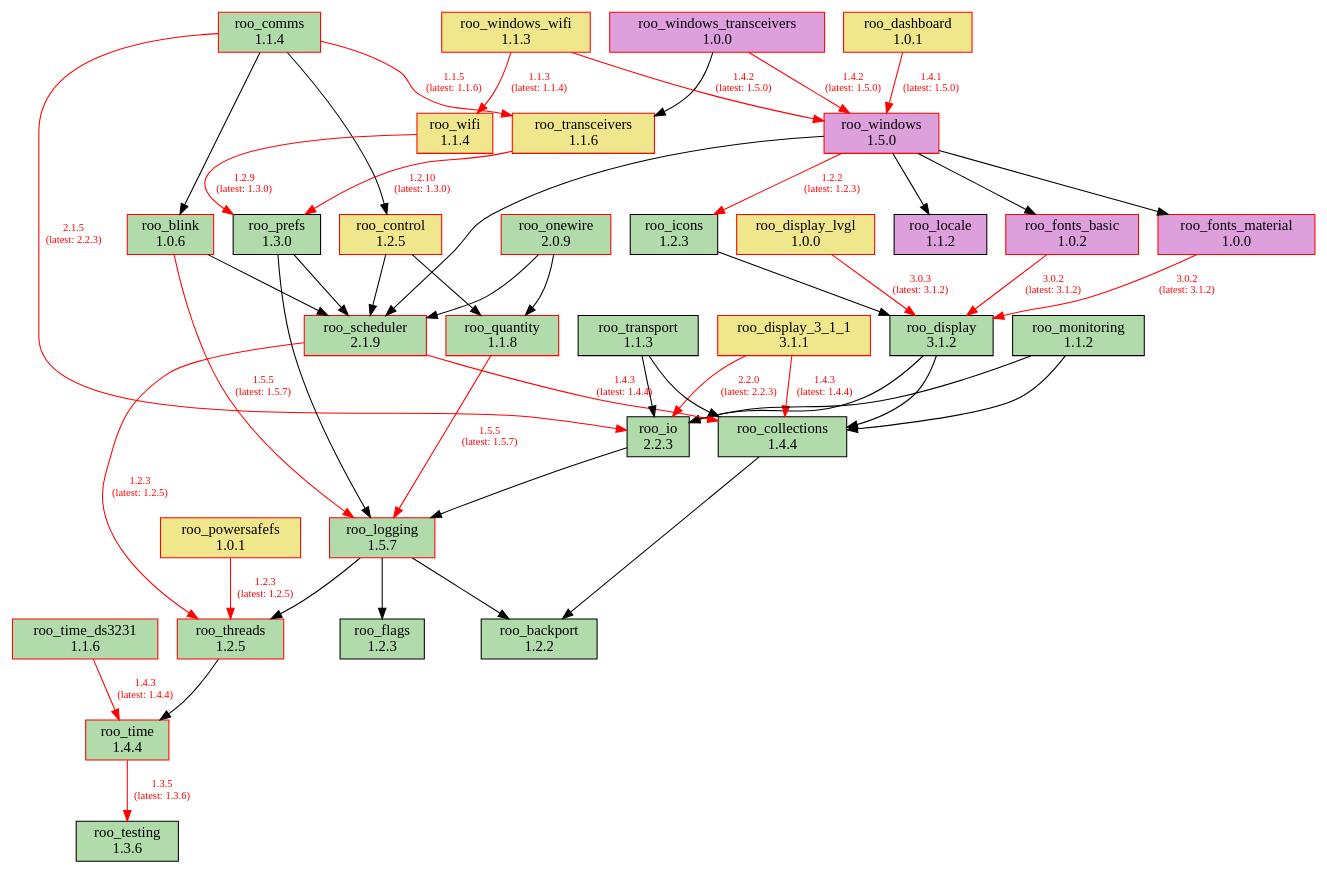
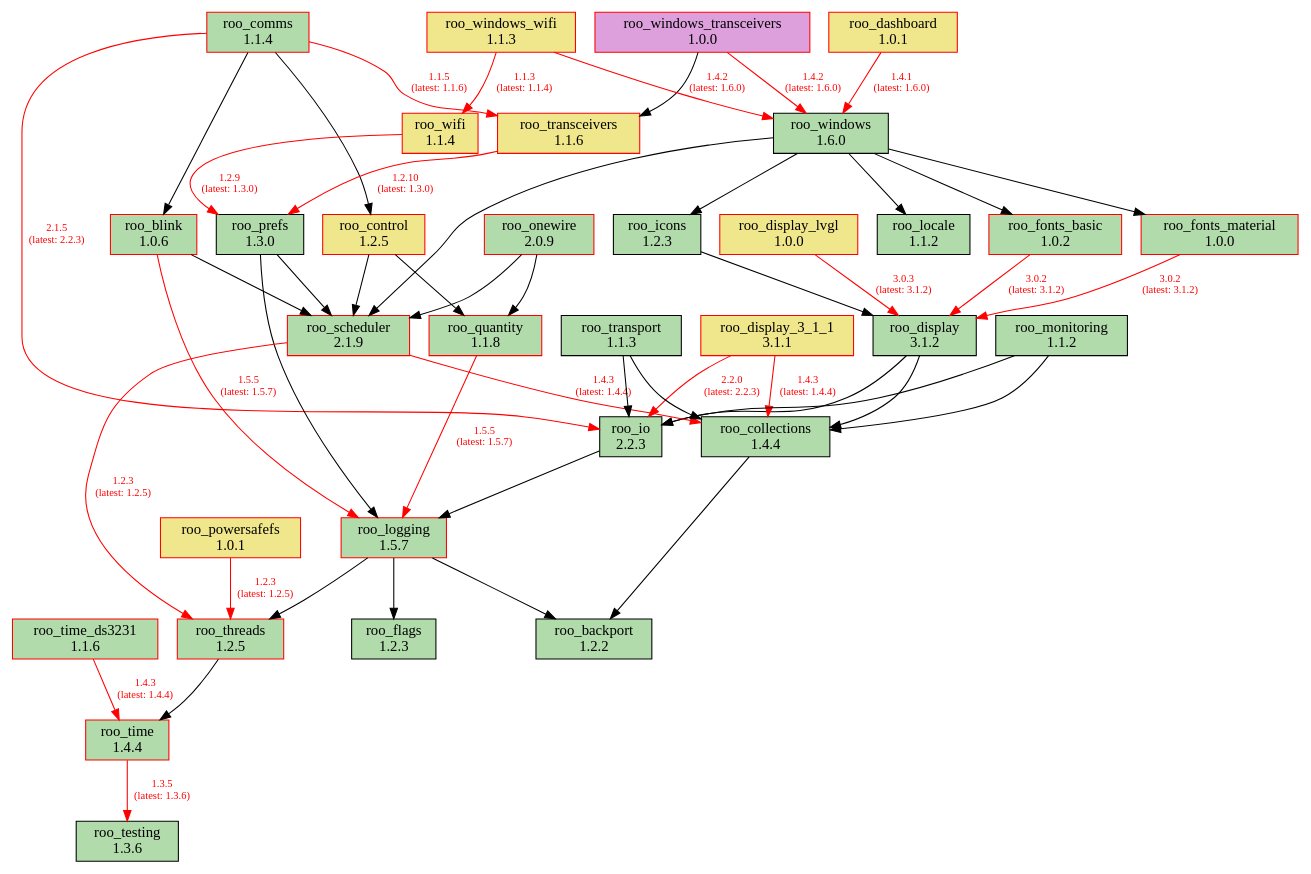
Before and after one commit to dejwk/roo-registry: the diagram in doc/dependencies.dot, drawn with Graphviz. The commit also changed 3 other files, not shown here.

Commit message:
Added roo_windows 1.6.0 to the registry.

```diff
--- a/doc/dependencies.dot
+++ b/doc/dependencies.dot
@@ -1,89 +1,89 @@
 digraph dependencies {
     rankdir=TB;
     node [shape=box, style=filled];
     edge [fontsize=10];
 
     // Modules
     "roo_backport" [label="roo_backport\n1.2.2", fillcolor="#b1dbab", color="black"];
     "roo_blink" [label="roo_blink\n1.0.6", fillcolor="#b1dbab", color="red"];
     "roo_collections" [label="roo_collections\n1.4.4", fillcolor="#b1dbab", color="black"];
     "roo_comms" [label="roo_comms\n1.1.4", fillcolor="#b1dbab", color="red"];
     "roo_control" [label="roo_control\n1.2.5", fillcolor="khaki", color="red"];
     "roo_dashboard" [label="roo_dashboard\n1.0.1", fillcolor="khaki", color="red"];
     "roo_display" [label="roo_display\n3.1.2", fillcolor="#b1dbab", color="black"];
     "roo_display_3_1_1" [label="roo_display_3_1_1\n3.1.1", fillcolor="khaki", color="red"];
     "roo_display_lvgl" [label="roo_display_lvgl\n1.0.0", fillcolor="khaki", color="red"];
     "roo_flags" [label="roo_flags\n1.2.3", fillcolor="#b1dbab", color="black"];
-    "roo_fonts_basic" [label="roo_fonts_basic\n1.0.2", fillcolor="plum", color="red"];
-    "roo_fonts_material" [label="roo_fonts_material\n1.0.0", fillcolor="plum", color="red"];
+    "roo_fonts_basic" [label="roo_fonts_basic\n1.0.2", fillcolor="#b1dbab", color="red"];
+    "roo_fonts_material" [label="roo_fonts_material\n1.0.0", fillcolor="#b1dbab", color="red"];
     "roo_icons" [label="roo_icons\n1.2.3", fillcolor="#b1dbab", color="black"];
     "roo_io" [label="roo_io\n2.2.3", fillcolor="#b1dbab", color="black"];
-    "roo_locale" [label="roo_locale\n1.1.2", fillcolor="plum", color="black"];
+    "roo_locale" [label="roo_locale\n1.1.2", fillcolor="#b1dbab", color="black"];
     "roo_logging" [label="roo_logging\n1.5.7", fillcolor="#b1dbab", color="red"];
     "roo_monitoring" [label="roo_monitoring\n1.1.2", fillcolor="#b1dbab", color="black"];
     "roo_onewire" [label="roo_onewire\n2.0.9", fillcolor="#b1dbab", color="red"];
     "roo_powersafefs" [label="roo_powersafefs\n1.0.1", fillcolor="khaki", color="red"];
     "roo_prefs" [label="roo_prefs\n1.3.0", fillcolor="#b1dbab", color="black"];
     "roo_quantity" [label="roo_quantity\n1.1.8", fillcolor="#b1dbab", color="red"];
     "roo_scheduler" [label="roo_scheduler\n2.1.9", fillcolor="#b1dbab", color="red"];
     "roo_testing" [label="roo_testing\n1.3.6", fillcolor="#b1dbab", color="black"];
     "roo_threads" [label="roo_threads\n1.2.5", fillcolor="#b1dbab", color="red"];
     "roo_time" [label="roo_time\n1.4.4", fillcolor="#b1dbab", color="red"];
     "roo_time_ds3231" [label="roo_time_ds3231\n1.1.6", fillcolor="#b1dbab", color="red"];
     "roo_transceivers" [label="roo_transceivers\n1.1.6", fillcolor="khaki", color="red"];
     "roo_transport" [label="roo_transport\n1.1.3", fillcolor="#b1dbab", color="black"];
     "roo_wifi" [label="roo_wifi\n1.1.4", fillcolor="khaki", color="red"];
-    "roo_windows" [label="roo_windows\n1.5.0", fillcolor="plum", color="red"];
+    "roo_windows" [label="roo_windows\n1.6.0", fillcolor="#b1dbab", color="black"];
     "roo_windows_transceivers" [label="roo_windows_transceivers\n1.0.0", fillcolor="plum", color="red"];
     "roo_windows_wifi" [label="roo_windows_wifi\n1.1.3", fillcolor="khaki", color="red"];
 
     // Dependencies
     "roo_blink" -> "roo_logging" [color=red, fontcolor=red, label="1.5.5\n(latest: 1.5.7)"];
     "roo_blink" -> "roo_scheduler";
     "roo_collections" -> "roo_backport";
     "roo_comms" -> "roo_blink";
     "roo_comms" -> "roo_control";
     "roo_comms" -> "roo_io" [color=red, fontcolor=red, label="2.1.5\n(latest: 2.2.3)"];
     "roo_comms" -> "roo_transceivers" [color=red, fontcolor=red, label="1.1.5\n(latest: 1.1.6)"];
     "roo_control" -> "roo_quantity";
     "roo_control" -> "roo_scheduler";
-    "roo_dashboard" -> "roo_windows" [color=red, fontcolor=red, label="1.4.1\n(latest: 1.5.0)"];
+    "roo_dashboard" -> "roo_windows" [color=red, fontcolor=red, label="1.4.1\n(latest: 1.6.0)"];
     "roo_display" -> "roo_collections";
     "roo_display" -> "roo_io";
     "roo_display_3_1_1" -> "roo_collections" [color=red, fontcolor=red, label="1.4.3\n(latest: 1.4.4)"];
     "roo_display_3_1_1" -> "roo_io" [color=red, fontcolor=red, label="2.2.0\n(latest: 2.2.3)"];
     "roo_display_lvgl" -> "roo_display" [color=red, fontcolor=red, label="3.0.3\n(latest: 3.1.2)"];
     "roo_fonts_basic" -> "roo_display" [color=red, fontcolor=red, label="3.0.2\n(latest: 3.1.2)"];
     "roo_fonts_material" -> "roo_display" [color=red, fontcolor=red, label="3.0.2\n(latest: 3.1.2)"];
     "roo_icons" -> "roo_display";
     "roo_io" -> "roo_logging";
     "roo_logging" -> "roo_backport";
     "roo_logging" -> "roo_flags";
     "roo_logging" -> "roo_threads";
     "roo_monitoring" -> "roo_collections";
     "roo_monitoring" -> "roo_io";
     "roo_onewire" -> "roo_scheduler";
     "roo_onewire" -> "roo_quantity";
     "roo_powersafefs" -> "roo_threads" [color=red, fontcolor=red, label="1.2.3\n(latest: 1.2.5)"];
     "roo_prefs" -> "roo_logging";
     "roo_prefs" -> "roo_scheduler";
     "roo_quantity" -> "roo_logging" [color=red, fontcolor=red, label="1.5.5\n(latest: 1.5.7)"];
     "roo_scheduler" -> "roo_collections" [color=red, fontcolor=red, label="1.4.3\n(latest: 1.4.4)"];
     "roo_scheduler" -> "roo_threads" [color=red, fontcolor=red, label="1.2.3\n(latest: 1.2.5)"];
     "roo_threads" -> "roo_time";
     "roo_time" -> "roo_testing" [color=red, fontcolor=red, label="1.3.5\n(latest: 1.3.6)"];
     "roo_time_ds3231" -> "roo_time" [color=red, fontcolor=red, label="1.4.3\n(latest: 1.4.4)"];
     "roo_transceivers" -> "roo_prefs" [color=red, fontcolor=red, label="1.2.10\n(latest: 1.3.0)"];
     "roo_transport" -> "roo_collections";
     "roo_transport" -> "roo_io";
     "roo_wifi" -> "roo_prefs" [color=red, fontcolor=red, label="1.2.9\n(latest: 1.3.0)"];
     "roo_windows" -> "roo_fonts_basic";
     "roo_windows" -> "roo_fonts_material";
     "roo_windows" -> "roo_locale";
-    "roo_windows" -> "roo_icons" [color=red, fontcolor=red, label="1.2.2\n(latest: 1.2.3)"];
+    "roo_windows" -> "roo_icons";
     "roo_windows" -> "roo_scheduler";
     "roo_windows_transceivers" -> "roo_transceivers";
-    "roo_windows_transceivers" -> "roo_windows" [color=red, fontcolor=red, label="1.4.2\n(latest: 1.5.0)"];
+    "roo_windows_transceivers" -> "roo_windows" [color=red, fontcolor=red, label="1.4.2\n(latest: 1.6.0)"];
     "roo_windows_wifi" -> "roo_wifi" [color=red, fontcolor=red, label="1.1.3\n(latest: 1.1.4)"];
-    "roo_windows_wifi" -> "roo_windows" [color=red, fontcolor=red, label="1.4.2\n(latest: 1.5.0)"];
+    "roo_windows_wifi" -> "roo_windows" [color=red, fontcolor=red, label="1.4.2\n(latest: 1.6.0)"];
 }
```
